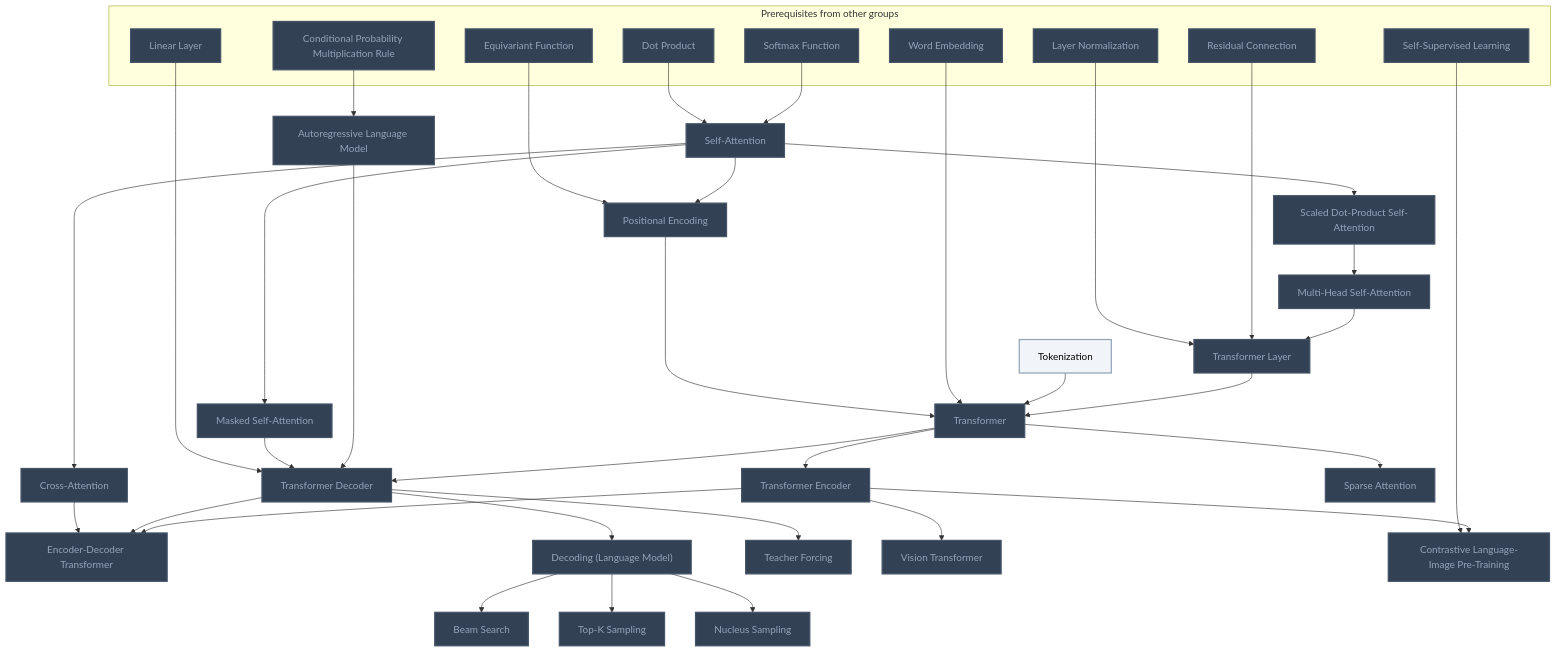
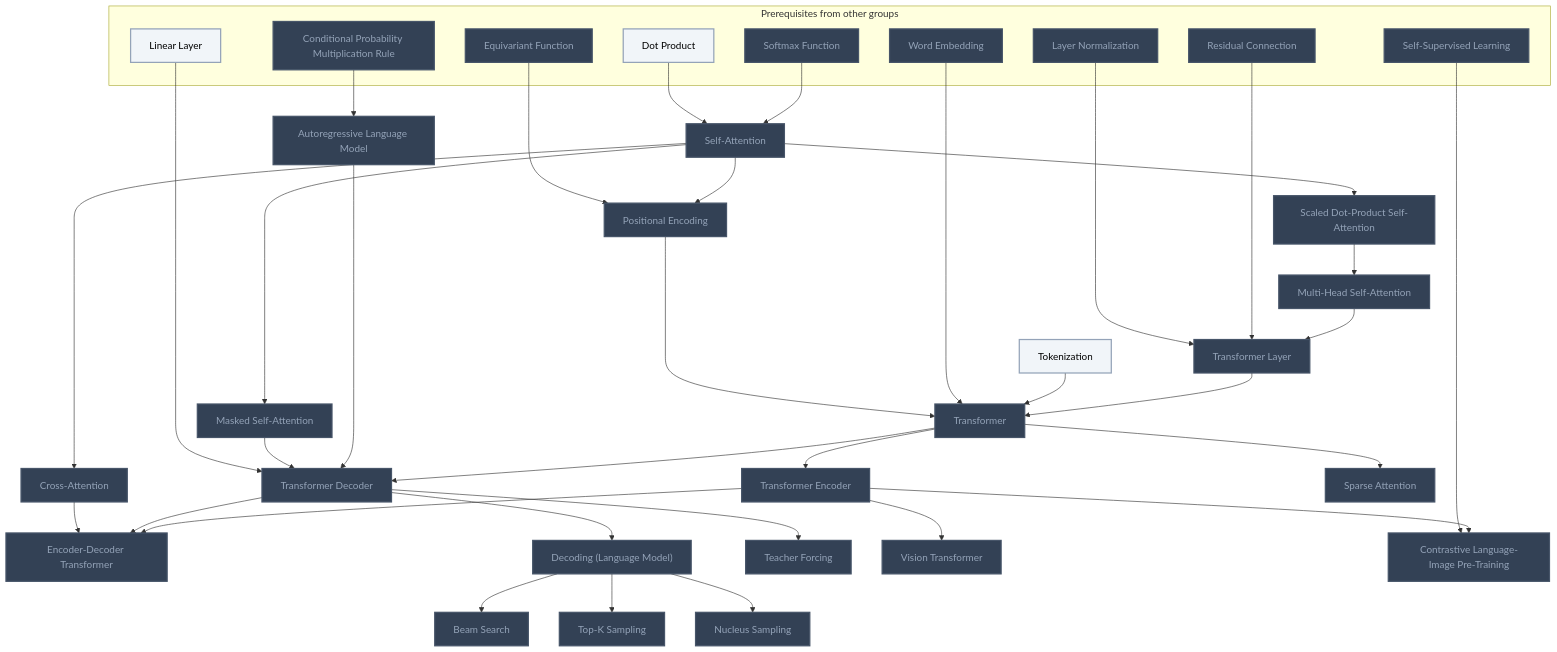
Before and after one commit to MRauf1/My-Notes: diagram 11 of 21 in Gamification/Skill Trees/Deep Learning.md, drawn with Mermaid. The commit also changed other lines of this file and 156 other files, not shown here.

````diff
--- a/Gamification/Skill Trees/Deep Learning.md
+++ b/Gamification/Skill Trees/Deep Learning.md
@@ -566,80 +571,80 @@
 ```mermaid
 flowchart TD
     classDef planned fill:#1E293B,stroke:#64748B,stroke-width:2px,stroke-dasharray:5 5,color:#94A3B8;
     classDef locked fill:#334155,stroke:#475569,stroke-width:2px,color:#94A3B8;
     classDef L0 fill:#F1F5F9,stroke:#94A3B8,stroke-width:2px,color:#000000;
     classDef L1 fill:#22C55E,stroke:#15803D,stroke-width:2px,color:#000000;
     classDef L2 fill:#3B82F6,stroke:#1D4ED8,stroke-width:3px,color:#FFFFFF;
     classDef L3 fill:#A855F7,stroke:#6B21A8,stroke-width:3px,color:#FFFFFF,font-weight:bold;
     classDef L4 fill:#F97316,stroke:#C2410C,stroke-width:4px,color:#000000,font-weight:bold;
     classDef L5 fill:#FFD700,stroke:#FF8C00,stroke-width:5px,color:#000000,font-weight:bold;
     classDef rusty stroke:#8B4513,stroke-width:4px,stroke-dasharray:3 3;
     subgraph sg_prereqs["Prerequisites from other groups"]
         n_softmax_function["Softmax Function"]
         n_dot_product["Dot Product"]
         n_equivariant_function["Equivariant Function"]
         n_residual_connection["Residual Connection"]
         n_layer_normalization["Layer Normalization"]
         n_word_embedding["Word Embedding"]
         n_conditional_probability_multiplication_rule["Conditional Probability Multiplication Rule"]
         n_linear_layer["Linear Layer"]
         n_self_supervised_learning["Self-Supervised Learning"]
     end
     n_self_attention["Self-Attention"]
     n_scaled_dot_product_self_attention["Scaled Dot-Product Self-Attention"]
     n_multi_head_self_attention["Multi-Head Self-Attention"]
     n_masked_self_attention["Masked Self-Attention"]
     n_cross_attention["Cross-Attention"]
     n_positional_encoding["Positional Encoding"]
     n_tokenization["Tokenization"]
     n_transformer_layer["Transformer Layer"]
     n_transformer["Transformer"]
     n_transformer_encoder["Transformer Encoder"]
     n_autoregressive_language_model["Autoregressive Language Model"]
     n_transformer_decoder["Transformer Decoder"]
     n_encoder_decoder_transformer["Encoder-Decoder Transformer"]
     n_decoding_language_model["Decoding (Language Model)"]
     n_beam_search["Beam Search"]
     n_top_k_sampling["Top-K Sampling"]
     n_nucleus_sampling["Nucleus Sampling"]
     n_teacher_forcing["Teacher Forcing"]
     n_sparse_attention["Sparse Attention"]
     n_vision_transformer["Vision Transformer"]
     n_contrastive_language_image_pre_training["Contrastive Language-Image Pre-Training"]
     n_softmax_function --> n_self_attention
     n_dot_product --> n_self_attention
     n_self_attention --> n_scaled_dot_product_self_attention
     n_scaled_dot_product_self_attention --> n_multi_head_self_attention
     n_self_attention --> n_masked_self_attention
     n_self_attention --> n_cross_attention
     n_self_attention --> n_positional_encoding
     n_equivariant_function --> n_positional_encoding
     n_multi_head_self_attention --> n_transformer_layer
     n_residual_connection --> n_transformer_layer
     n_layer_normalization --> n_transformer_layer
     n_transformer_layer --> n_transformer
     n_tokenization --> n_transformer
     n_word_embedding --> n_transformer
     n_positional_encoding --> n_transformer
     n_transformer --> n_transformer_encoder
     n_conditional_probability_multiplication_rule --> n_autoregressive_language_model
     n_transformer --> n_transformer_decoder
     n_autoregressive_language_model --> n_transformer_decoder
     n_masked_self_attention --> n_transformer_decoder
     n_linear_layer --> n_transformer_decoder
     n_transformer_encoder --> n_encoder_decoder_transformer
     n_transformer_decoder --> n_encoder_decoder_transformer
     n_cross_attention --> n_encoder_decoder_transformer
     n_transformer_decoder --> n_decoding_language_model
     n_decoding_language_model --> n_beam_search
     n_decoding_language_model --> n_top_k_sampling
     n_decoding_language_model --> n_nucleus_sampling
     n_transformer_decoder --> n_teacher_forcing
     n_transformer --> n_sparse_attention
     n_transformer_encoder --> n_vision_transformer
     n_transformer_encoder --> n_contrastive_language_image_pre_training
     n_self_supervised_learning --> n_contrastive_language_image_pre_training
-    class n_softmax_function,n_dot_product,n_equivariant_function,n_residual_connection,n_layer_normalization,n_word_embedding,n_conditional_probability_multiplication_rule,n_linear_layer,n_self_supervised_learning,n_self_attention,n_scaled_dot_product_self_attention,n_multi_head_self_attention,n_masked_self_attention,n_cross_attention,n_positional_encoding,n_transformer_layer,n_transformer,n_transformer_encoder,n_autoregressive_language_model,n_transformer_decoder,n_encoder_decoder_transformer,n_decoding_language_model,n_beam_search,n_top_k_sampling,n_nucleus_sampling,n_teacher_forcing,n_sparse_attention,n_vision_transformer,n_contrastive_language_image_pre_training locked;
-    class n_tokenization L0;
+    class n_softmax_function,n_equivariant_function,n_residual_connection,n_layer_normalization,n_word_embedding,n_conditional_probability_multiplication_rule,n_self_supervised_learning,n_self_attention,n_scaled_dot_product_self_attention,n_multi_head_self_attention,n_masked_self_attention,n_cross_attention,n_positional_encoding,n_transformer_layer,n_transformer,n_transformer_encoder,n_autoregressive_language_model,n_transformer_decoder,n_encoder_decoder_transformer,n_decoding_language_model,n_beam_search,n_top_k_sampling,n_nucleus_sampling,n_teacher_forcing,n_sparse_attention,n_vision_transformer,n_contrastive_language_image_pre_training locked;
+    class n_dot_product,n_linear_layer,n_tokenization L0;
     class n_softmax_function,n_dot_product,n_equivariant_function,n_residual_connection,n_layer_normalization,n_word_embedding,n_conditional_probability_multiplication_rule,n_linear_layer,n_self_supervised_learning,n_self_attention,n_scaled_dot_product_self_attention,n_multi_head_self_attention,n_masked_self_attention,n_cross_attention,n_positional_encoding,n_tokenization,n_transformer_layer,n_transformer,n_transformer_encoder,n_autoregressive_language_model,n_transformer_decoder,n_encoder_decoder_transformer,n_decoding_language_model,n_beam_search,n_top_k_sampling,n_nucleus_sampling,n_teacher_forcing,n_sparse_attention,n_vision_transformer,n_contrastive_language_image_pre_training internal-link;
 ```
````
